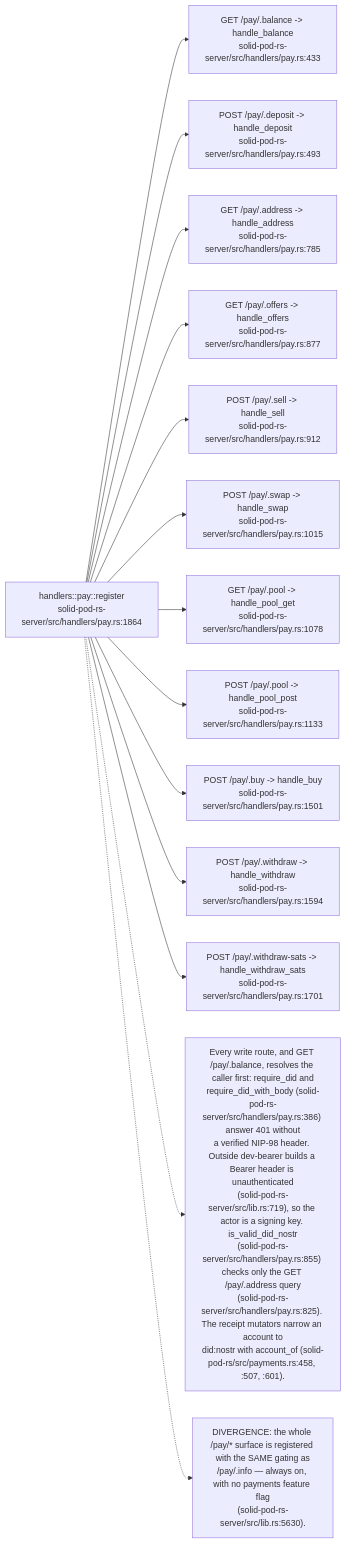
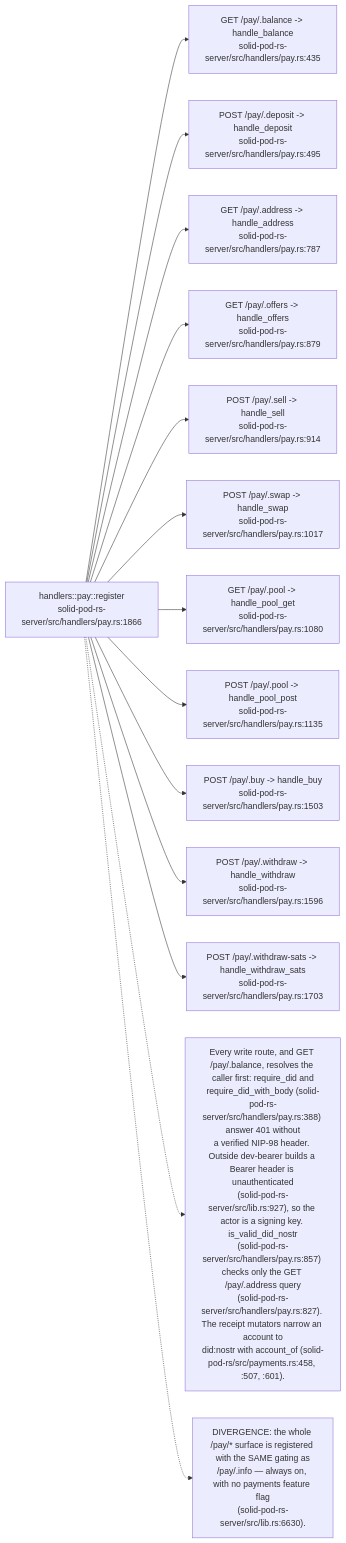
Before and after one commit to DreamLab-AI/VisionFlow: diagram 13 of 19 in docs/diagrams/solid-pod-rs/07-provenance-and-payments.md, drawn with Mermaid. The commit also changed other lines of this file and 2 other files, not shown here.

First line of the commit message:
docs(diagrams): SP-07, SP-10, SP-15 re-verified at solid-pod-rs a28a748

````diff
--- a/docs/diagrams/solid-pod-rs/07-provenance-and-payments.md
+++ b/docs/diagrams/solid-pod-rs/07-provenance-and-payments.md
@@ -370,32 +372,32 @@
 ```mermaid
 flowchart LR
-    REG["handlers::pay::register<br/>solid-pod-rs-server/src/handlers/pay.rs:1864"]
-    BAL["GET /pay/.balance -> handle_balance<br/>solid-pod-rs-server/src/handlers/pay.rs:433"]
-    DEP["POST /pay/.deposit -> handle_deposit<br/>solid-pod-rs-server/src/handlers/pay.rs:493"]
-    ADDR["GET /pay/.address -> handle_address<br/>solid-pod-rs-server/src/handlers/pay.rs:785"]
-    OFF["GET /pay/.offers -> handle_offers<br/>solid-pod-rs-server/src/handlers/pay.rs:877"]
-    SELL["POST /pay/.sell -> handle_sell<br/>solid-pod-rs-server/src/handlers/pay.rs:912"]
-    SWAP["POST /pay/.swap -> handle_swap<br/>solid-pod-rs-server/src/handlers/pay.rs:1015"]
-    POOLG["GET /pay/.pool -> handle_pool_get<br/>solid-pod-rs-server/src/handlers/pay.rs:1078"]
-    POOLP["POST /pay/.pool -> handle_pool_post<br/>solid-pod-rs-server/src/handlers/pay.rs:1133"]
-    BUY["POST /pay/.buy -> handle_buy<br/>solid-pod-rs-server/src/handlers/pay.rs:1501"]
-    WD["POST /pay/.withdraw -> handle_withdraw<br/>solid-pod-rs-server/src/handlers/pay.rs:1594"]
-    WDS["POST /pay/.withdraw-sats -> handle_withdraw_sats<br/>solid-pod-rs-server/src/handlers/pay.rs:1701"]
+    REG["handlers::pay::register<br/>solid-pod-rs-server/src/handlers/pay.rs:1866"]
+    BAL["GET /pay/.balance -> handle_balance<br/>solid-pod-rs-server/src/handlers/pay.rs:435"]
+    DEP["POST /pay/.deposit -> handle_deposit<br/>solid-pod-rs-server/src/handlers/pay.rs:495"]
+    ADDR["GET /pay/.address -> handle_address<br/>solid-pod-rs-server/src/handlers/pay.rs:787"]
+    OFF["GET /pay/.offers -> handle_offers<br/>solid-pod-rs-server/src/handlers/pay.rs:879"]
+    SELL["POST /pay/.sell -> handle_sell<br/>solid-pod-rs-server/src/handlers/pay.rs:914"]
+    SWAP["POST /pay/.swap -> handle_swap<br/>solid-pod-rs-server/src/handlers/pay.rs:1017"]
+    POOLG["GET /pay/.pool -> handle_pool_get<br/>solid-pod-rs-server/src/handlers/pay.rs:1080"]
+    POOLP["POST /pay/.pool -> handle_pool_post<br/>solid-pod-rs-server/src/handlers/pay.rs:1135"]
+    BUY["POST /pay/.buy -> handle_buy<br/>solid-pod-rs-server/src/handlers/pay.rs:1503"]
+    WD["POST /pay/.withdraw -> handle_withdraw<br/>solid-pod-rs-server/src/handlers/pay.rs:1596"]
+    WDS["POST /pay/.withdraw-sats -> handle_withdraw_sats<br/>solid-pod-rs-server/src/handlers/pay.rs:1703"]
 
     REG --> BAL
     REG --> DEP
     REG --> ADDR
     REG --> OFF
     REG --> SELL
     REG --> SWAP
     REG --> POOLG
     REG --> POOLP
     REG --> BUY
     REG --> WD
     REG --> WDS
 
-    N["Every write route, and GET /pay/.balance, resolves the caller first: require_did and<br/>require_did_with_body (solid-pod-rs-server/src/handlers/pay.rs:386) answer 401 without<br/>a verified NIP-98 header. Outside dev-bearer builds a Bearer header is unauthenticated<br/>(solid-pod-rs-server/src/lib.rs:719), so the actor is a signing key. is_valid_did_nostr<br/>(solid-pod-rs-server/src/handlers/pay.rs:855) checks only the GET /pay/.address query<br/>(solid-pod-rs-server/src/handlers/pay.rs:825). The receipt mutators narrow an account to<br/>did:nostr with account_of (solid-pod-rs/src/payments.rs:458, :507, :601)."]
+    N["Every write route, and GET /pay/.balance, resolves the caller first: require_did and<br/>require_did_with_body (solid-pod-rs-server/src/handlers/pay.rs:388) answer 401 without<br/>a verified NIP-98 header. Outside dev-bearer builds a Bearer header is unauthenticated<br/>(solid-pod-rs-server/src/lib.rs:927), so the actor is a signing key. is_valid_did_nostr<br/>(solid-pod-rs-server/src/handlers/pay.rs:857) checks only the GET /pay/.address query<br/>(solid-pod-rs-server/src/handlers/pay.rs:827). The receipt mutators narrow an account to<br/>did:nostr with account_of (solid-pod-rs/src/payments.rs:458, :507, :601)."]
     REG -.-> N
-    N2["DIVERGENCE: the whole /pay/* surface is registered with the SAME gating as<br/>/pay/.info — always on, with no payments feature flag<br/>(solid-pod-rs-server/src/lib.rs:5630)."]
+    N2["DIVERGENCE: the whole /pay/* surface is registered with the SAME gating as<br/>/pay/.info — always on, with no payments feature flag<br/>(solid-pod-rs-server/src/lib.rs:6630)."]
     REG -.-> N2
 ```
````
